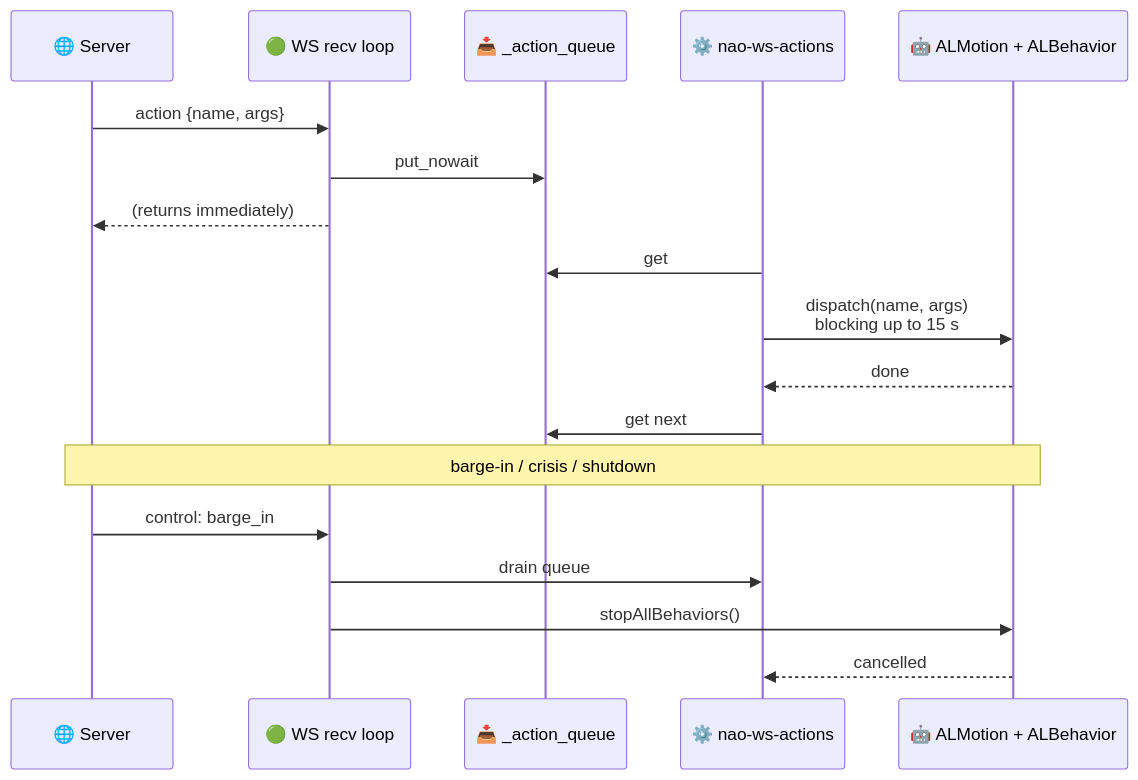
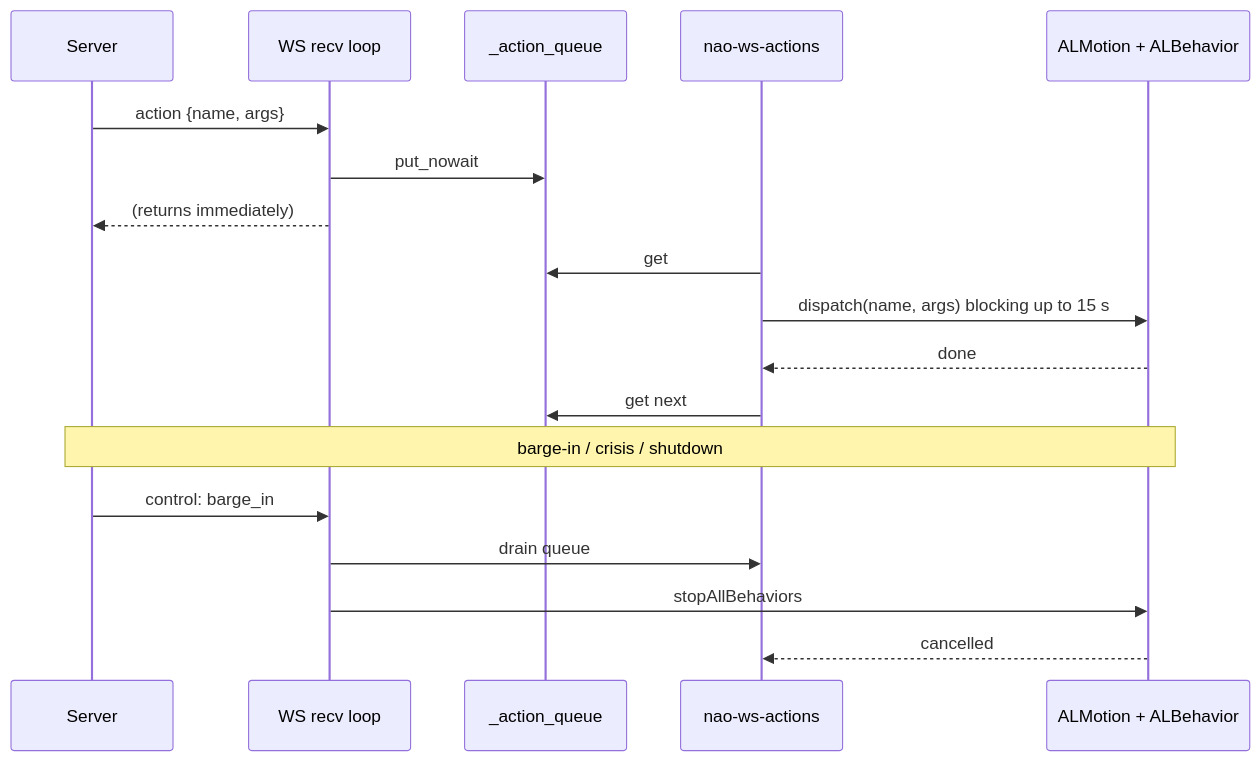
Before and after one commit to theaayushstha1/Nao-OpenAI-Morgan-Assist: the sixth of 8 diagrams in README.md, drawn with Mermaid. The commit also changed other lines of this file, not shown here.

First line of the commit message:
README: zero emojis, fix mermaid parse error in voice/mic lifecycle

````diff
--- a/README.md
+++ b/README.md
@@ -248,22 +250,22 @@
 ```mermaid
 sequenceDiagram
-    participant Server as 🌐 Server
-    participant Recv as 🟢 WS recv loop
-    participant Q as 📥 _action_queue
-    participant Worker as ⚙️ nao-ws-actions
-    participant NAO as 🤖 ALMotion + ALBehavior
-    
+    participant Server
+    participant Recv as WS recv loop
+    participant Q as _action_queue
+    participant Worker as nao-ws-actions
+    participant NAO as ALMotion + ALBehavior
+
     Server->>Recv: action {name, args}
     Recv->>Q: put_nowait
     Recv-->>Server: (returns immediately)
     Worker->>Q: get
-    Worker->>NAO: dispatch(name, args)<br/>blocking up to 15 s
+    Worker->>NAO: dispatch(name, args) blocking up to 15 s
     NAO-->>Worker: done
     Worker->>Q: get next
-    
+
     Note over Server,NAO: barge-in / crisis / shutdown
     Server->>Recv: control: barge_in
     Recv->>Worker: drain queue
-    Recv->>NAO: stopAllBehaviors()
+    Recv->>NAO: stopAllBehaviors
     NAO-->>Worker: cancelled
 ```
````
